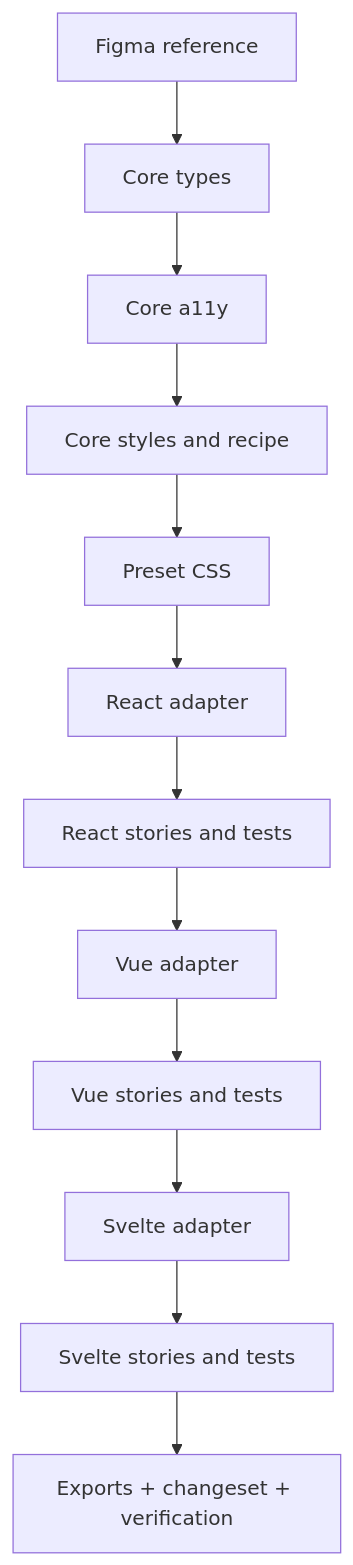
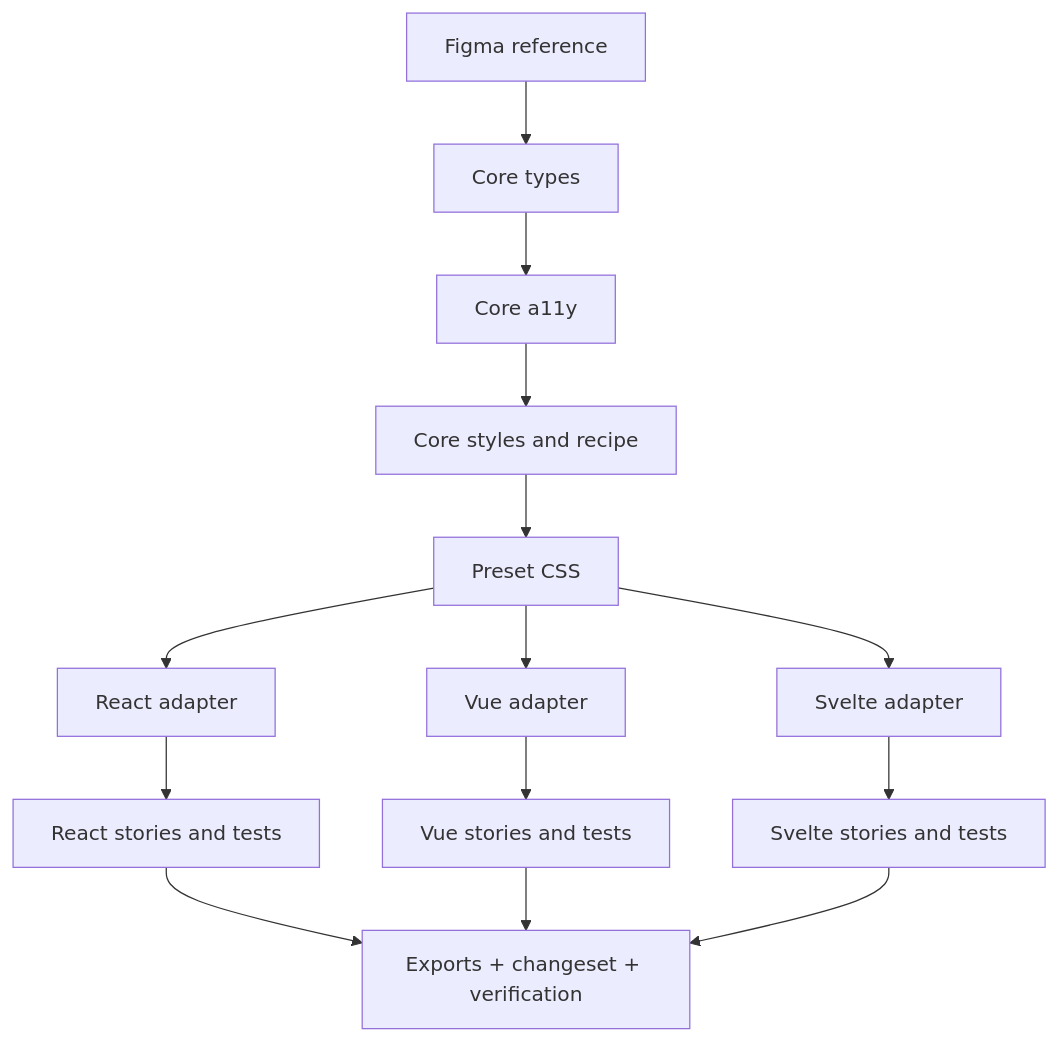
The fourth of 5 diagrams in docs/reference/architecture.md (niklas-westman/marwes), drawn with Mermaid before and after one commit. The commit also changed other lines of this file and 1243 other files, not shown here.

````diff
--- a/docs/reference/architecture.md
+++ b/docs/reference/architecture.md
@@ -164,14 +164,16 @@
 ```mermaid
 flowchart TD
   A["Figma reference"] --> B["Core types"]
   B --> C["Core a11y"]
   C --> D["Core styles and recipe"]
   D --> E["Preset CSS"]
   E --> F["React adapter"]
+  E --> H["Vue adapter"]
+  E --> J["Svelte adapter"]
   F --> G["React stories and tests"]
-  G --> H["Vue adapter"]
   H --> I["Vue stories and tests"]
-  I --> J["Svelte adapter"]
   J --> K["Svelte stories and tests"]
-  K --> L["Exports + changeset + verification"]
+  G --> L["Exports + changeset + verification"]
+  I --> L
+  K --> L
 ```
````
